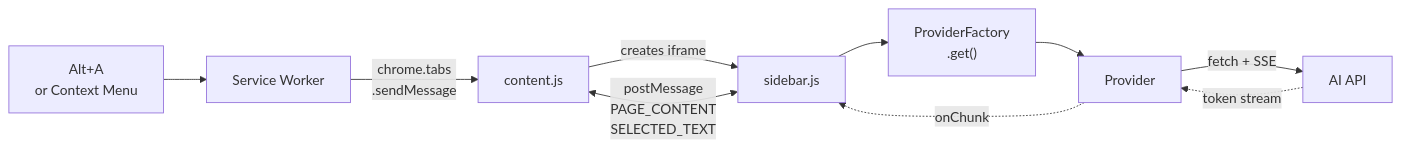
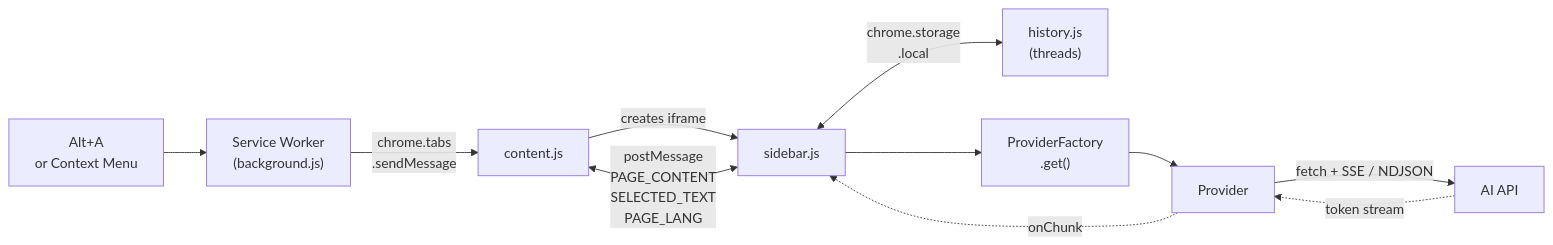
The second of 2 diagrams in README.md (Royc4515/Aside), drawn with Mermaid before and after one commit. The commit also changed other lines of this file, not shown here.

First line of the commit message:
docs: update README for post-redesign architecture

````diff
--- a/README.md
+++ b/README.md
@@ -68,12 +79,13 @@
 ```mermaid
 flowchart LR
-    A["Alt+A\nor Context Menu"] --> SW["Service Worker"]
+    A["Alt+A\nor Context Menu"] --> SW["Service Worker\n(background.js)"]
     SW -->|"chrome.tabs\n.sendMessage"| CS["content.js"]
     CS -->|"creates iframe"| SB["sidebar.js"]
-    SB <-->|"postMessage\nPAGE_CONTENT\nSELECTED_TEXT"| CS
+    SB <-->|"postMessage\nPAGE_CONTENT\nSELECTED_TEXT\nPAGE_LANG"| CS
+    SB <-->|"chrome.storage\n.local"| H["history.js\n(threads)"]
     SB --> PF["ProviderFactory\n.get()"]
     PF --> PR["Provider"]
-    PR -->|"fetch + SSE"| API["AI API"]
+    PR -->|"fetch + SSE / NDJSON"| API["AI API"]
     API -.->|"token stream"| PR
     PR -.->|"onChunk"| SB
 ```
````
